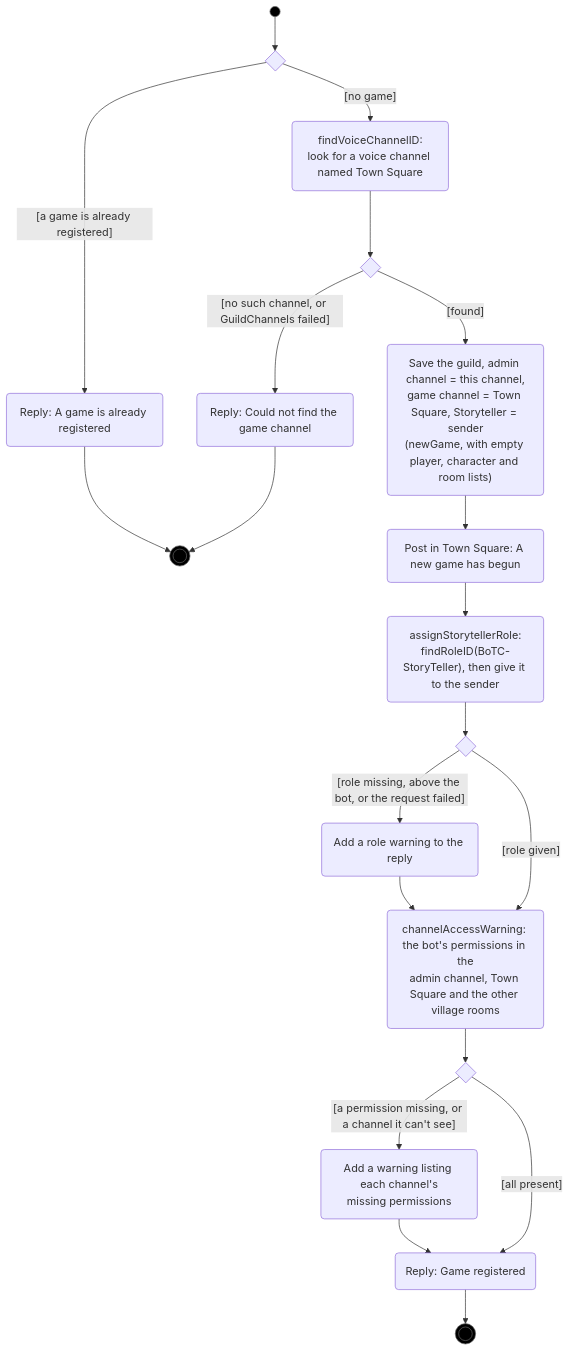
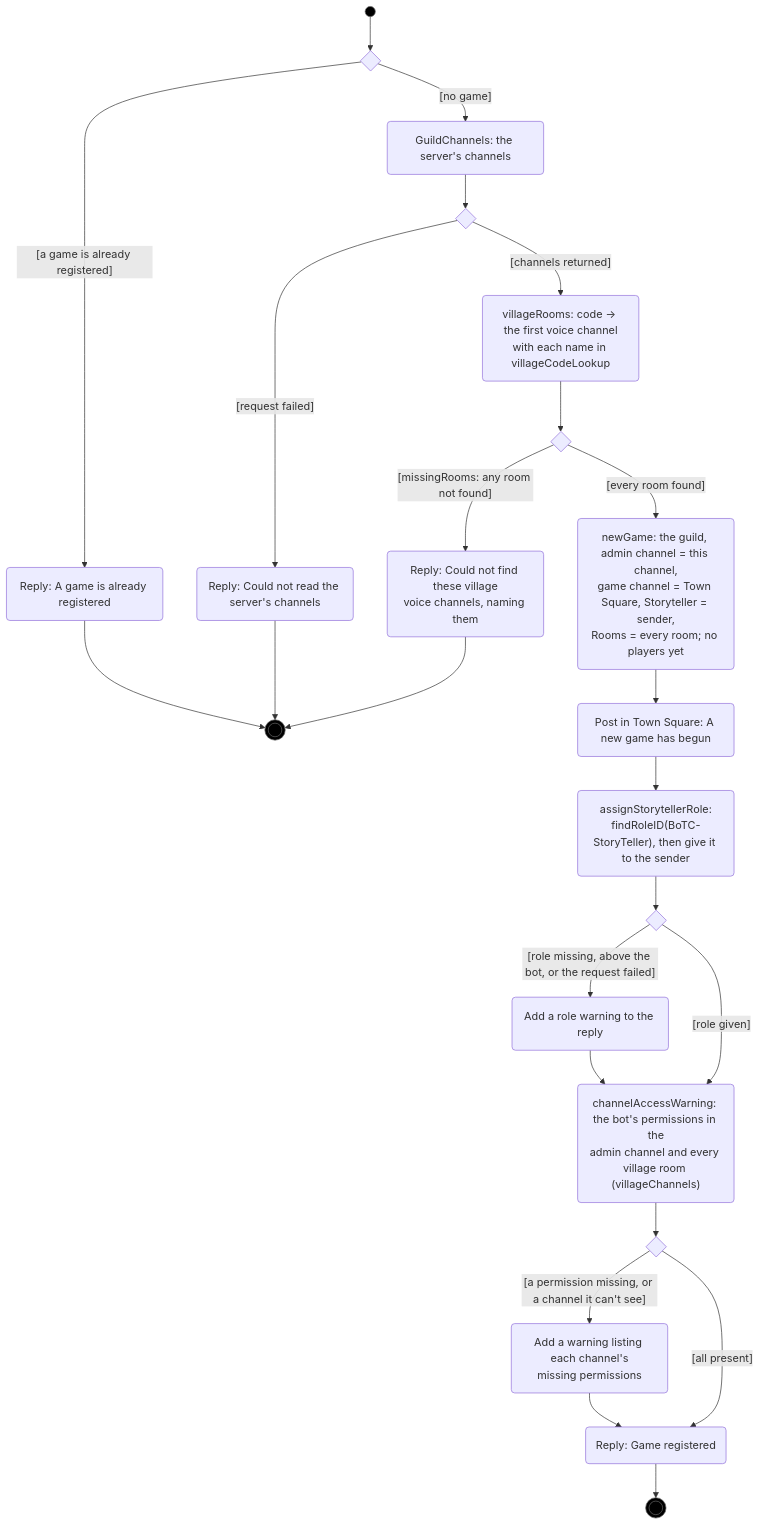
One commit to RAGNOARAKNOS/BotOnTheClocktower changed the first of 5 diagrams in docs/uml/game-lifecycle.md. Above: the diagram before and after it, drawn with Mermaid. The commit also changed other lines of this file and 21 other files, not shown here.

````diff
--- a/docs/uml/game-lifecycle.md
+++ b/docs/uml/game-lifecycle.md
@@ -13,25 +13,29 @@
 ```mermaid
 flowchart TD
     start((" ")):::initial --> d1{" "}
     d1 -->|"[a game is already registered]"| refused1("Reply: A game is already registered")
-    d1 -->|"[no game]"| find("findVoiceChannelID:<br/>look for a voice channel named Town Square")
+    d1 -->|"[no game]"| list("GuildChannels: the server's channels")
+    list --> d0{" "}
+    d0 -->|"[request failed]"| refused0("Reply: Could not read the server's channels")
+    d0 -->|"[channels returned]"| find("villageRooms: code → the first voice channel<br/>with each name in villageCodeLookup")
     find --> d2{" "}
-    d2 -->|"[no such channel, or GuildChannels failed]"| refused2("Reply: Could not find the game channel")
-    d2 -->|"[found]"| save("Save the guild, admin channel = this channel,<br/>game channel = Town Square, Storyteller = sender<br/>(newGame, with empty player, character and room lists)")
+    d2 -->|"[missingRooms: any room not found]"| refused2("Reply: Could not find these village<br/>voice channels, naming them")
+    d2 -->|"[every room found]"| save("newGame: the guild, admin channel = this channel,<br/>game channel = Town Square, Storyteller = sender,<br/>Rooms = every room; no players yet")
     save --> announce("Post in Town Square: A new game has begun")
     announce --> role("assignStorytellerRole:<br/>findRoleID(BoTC-StoryTeller), then give it to the sender")
     role --> d3{" "}
     d3 -->|"[role missing, above the bot, or the request failed]"| warn("Add a role warning to the reply")
-    d3 -->|"[role given]"| perms("channelAccessWarning: the bot's permissions in the<br/>admin channel, Town Square and the other village rooms")
+    d3 -->|"[role given]"| perms("channelAccessWarning: the bot's permissions in the<br/>admin channel and every village room (villageChannels)")
     warn --> perms
     perms --> d4{" "}
     d4 -->|"[a permission missing, or a channel it can't see]"| pwarn("Add a warning listing each channel's<br/>missing permissions")
     d4 -->|"[all present]"| reply("Reply: Game registered")
     pwarn --> reply
     refused1 --> refused(((" "))):::final
+    refused0 --> refused
     refused2 --> refused
     reply --> registered(((" "))):::final
 
     classDef initial fill:#000,stroke:#666
     classDef final fill:#000,stroke:#666
 ```
````
